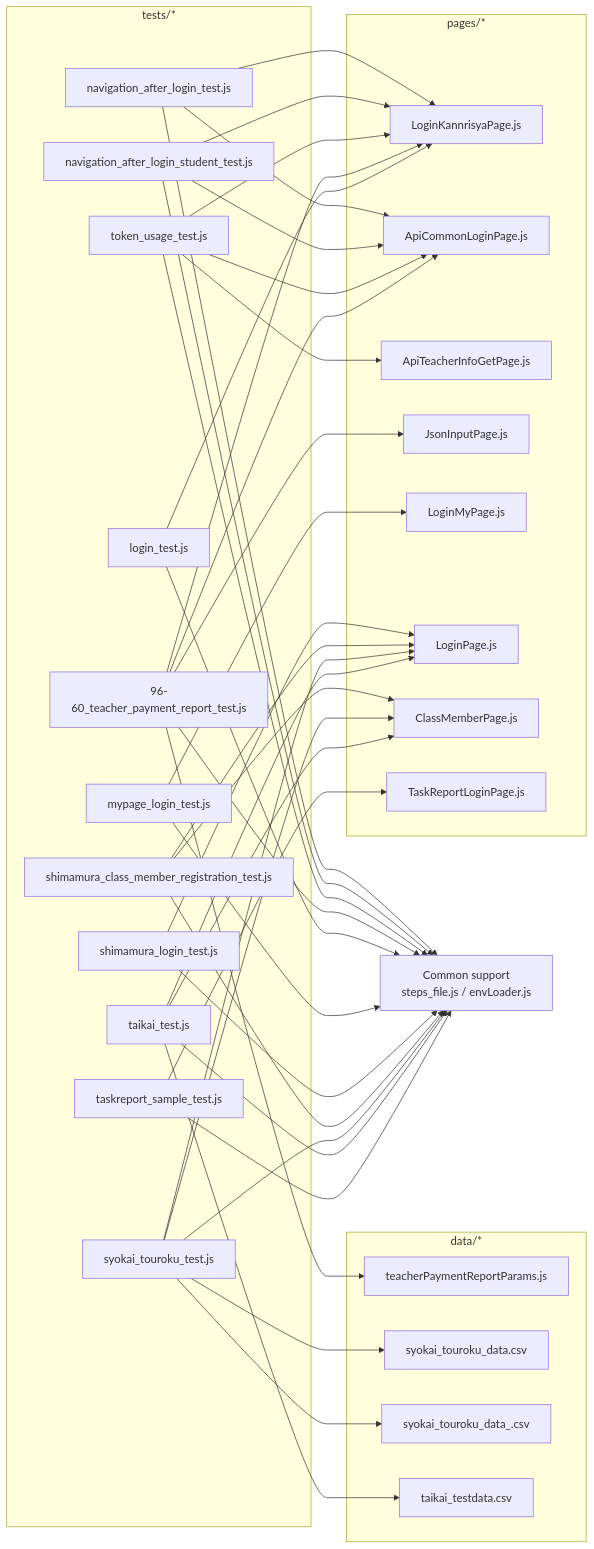
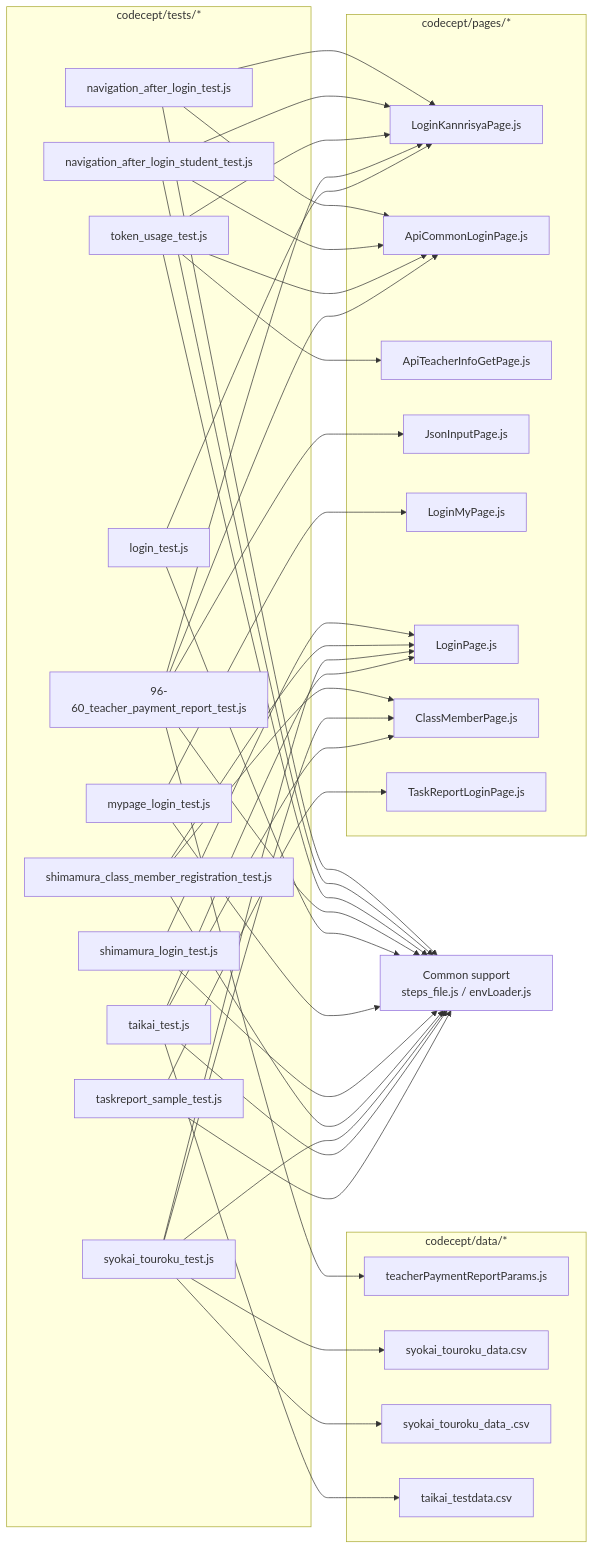
Before and after one commit to kageyama-aoi/e2e: the fourth of 5 diagrams in docs/common/mermaid_code_relationships.md, drawn with Mermaid. The commit also changed other lines of this file and 543 other files, not shown here.

First line of the commit message:
refactor(e2e): tests・pages・support・data を codecept/ の下にまとめる #337

````diff
--- a/docs/common/mermaid_code_relationships.md
+++ b/docs/common/mermaid_code_relationships.md
@@ -151,75 +151,75 @@
 ```mermaid
 flowchart LR
-  subgraph TESTS[tests/*]
+  subgraph TESTS[codecept/tests/*]
     T1[navigation_after_login_test.js]
     T2[navigation_after_login_student_test.js]
     T3[token_usage_test.js]
     T4[96-60_teacher_payment_report_test.js]
     T5[login_test.js]
     T6[mypage_login_test.js]
     S1[shimamura_login_test.js]
     S2[shimamura_class_member_registration_test.js]
     S3[syokai_touroku_test.js]
     S4[taikai_test.js]
     R1[taskreport_sample_test.js]
   end
 
-  subgraph PAGES[pages/*]
+  subgraph PAGES[codecept/pages/*]
     P1[LoginKannrisyaPage.js]
     P2[ApiCommonLoginPage.js]
     P3[ApiTeacherInfoGetPage.js]
     P4[JsonInputPage.js]
     P5[LoginMyPage.js]
     P6[LoginPage.js]
     P7[ClassMemberPage.js]
     P8[TaskReportLoginPage.js]
   end
 
-  subgraph DATA[data/*]
+  subgraph DATA[codecept/data/*]
     D1[teacherPaymentReportParams.js]
     D2[syokai_touroku_data.csv]
     D3[syokai_touroku_data_<profile>.csv]
     D4[taikai_testdata.csv]
   end
 
   COMMON[Common support\nsteps_file.js / envLoader.js]
 
   T1 --> P1
   T1 --> P2
   T2 --> P1
   T2 --> P2
   T3 --> P1
   T3 --> P2
   T3 --> P3
   T4 --> P1
   T4 --> P2
   T4 --> P4
   T4 --> D1
   T5 --> P1
   T6 --> P5
 
   S1 --> P6
   S2 --> P6
   S2 --> P7
   S3 --> P6
   S3 --> P7
   S3 --> D2
   S3 --> D3
   S4 --> P6
   S4 --> P7
   S4 --> D4
 
   R1 --> P8
 
   T1 --> COMMON
   T2 --> COMMON
   T3 --> COMMON
   T4 --> COMMON
   T5 --> COMMON
   T6 --> COMMON
   S1 --> COMMON
   S2 --> COMMON
   S3 --> COMMON
   S4 --> COMMON
   R1 --> COMMON
 ```
````
